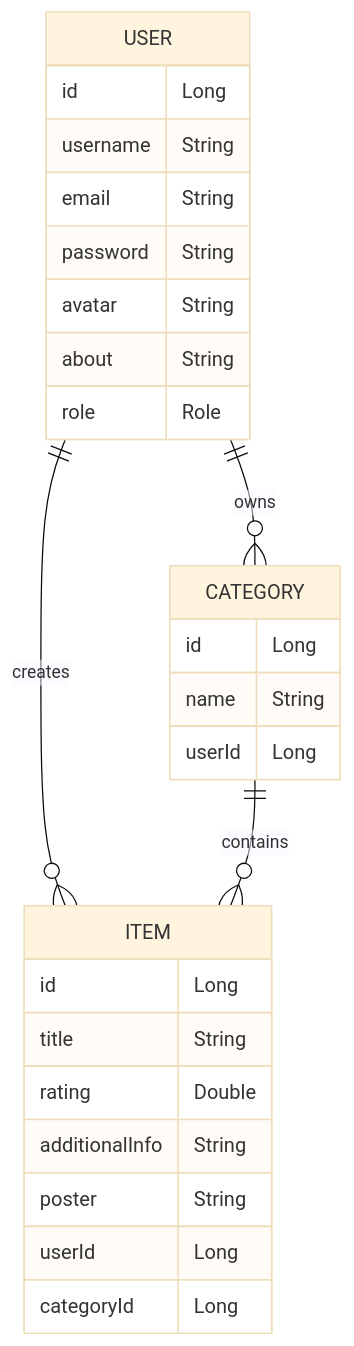
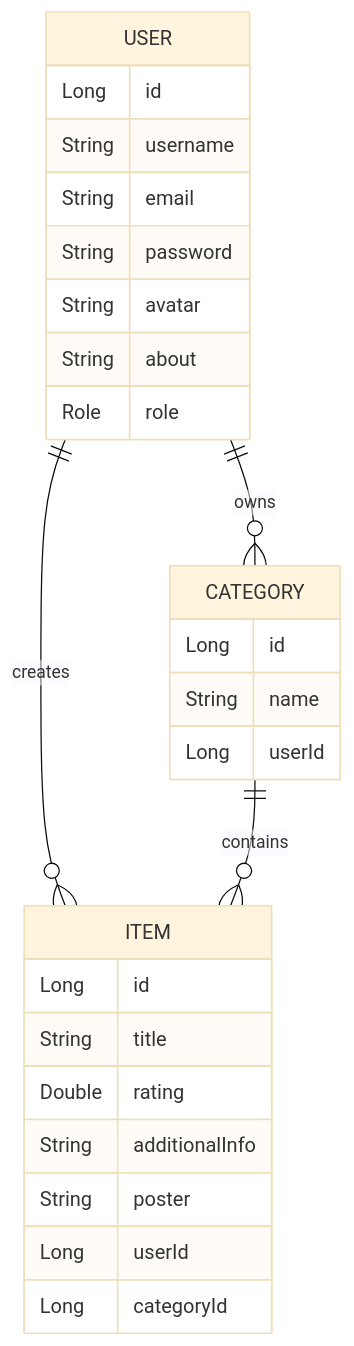
The second of 2 diagrams in README.md (aacolyte/mita-rest-service), drawn with Mermaid (base theme) before and after one commit. The commit also changed other lines of this file, not shown here.

````diff
--- a/README.md
+++ b/README.md
@@ -102,33 +114,33 @@
 ```mermaid
 erDiagram
 
     USER ||--o{ CATEGORY : owns
     USER ||--o{ ITEM : creates
     CATEGORY ||--o{ ITEM : contains
 
     USER {
-        id Long
-        username String
-        email String
-        password String
-        avatar String
-        about String
-        role Role
+        Long id 
+        String username
+        String email
+        String password 
+        String avatar 
+        String about 
+        Role role 
     }
 
     CATEGORY {
-        id Long
-        name String
-        userId Long
+        Long id 
+        String name 
+        Long userId
     }
 
     ITEM {
-        id Long
-        title String
-        rating Double
-        additionalInfo String
-        poster String
-        userId Long
-        categoryId Long
+        Long id 
+        String title 
+        Double rating
+        String additionalInfo 
+        String poster
+        Long userId 
+        Long categoryId 
     }
 ```
````
